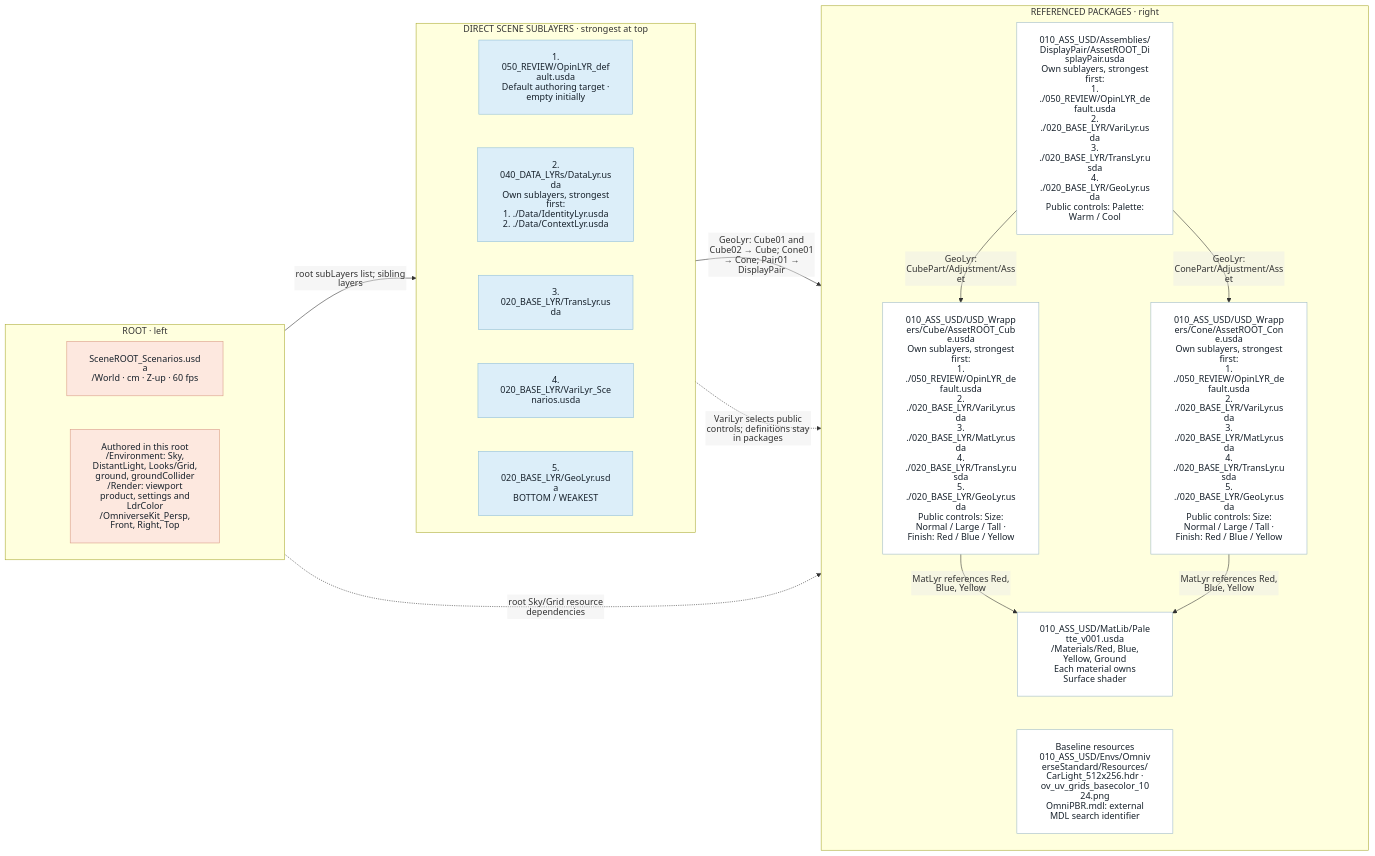
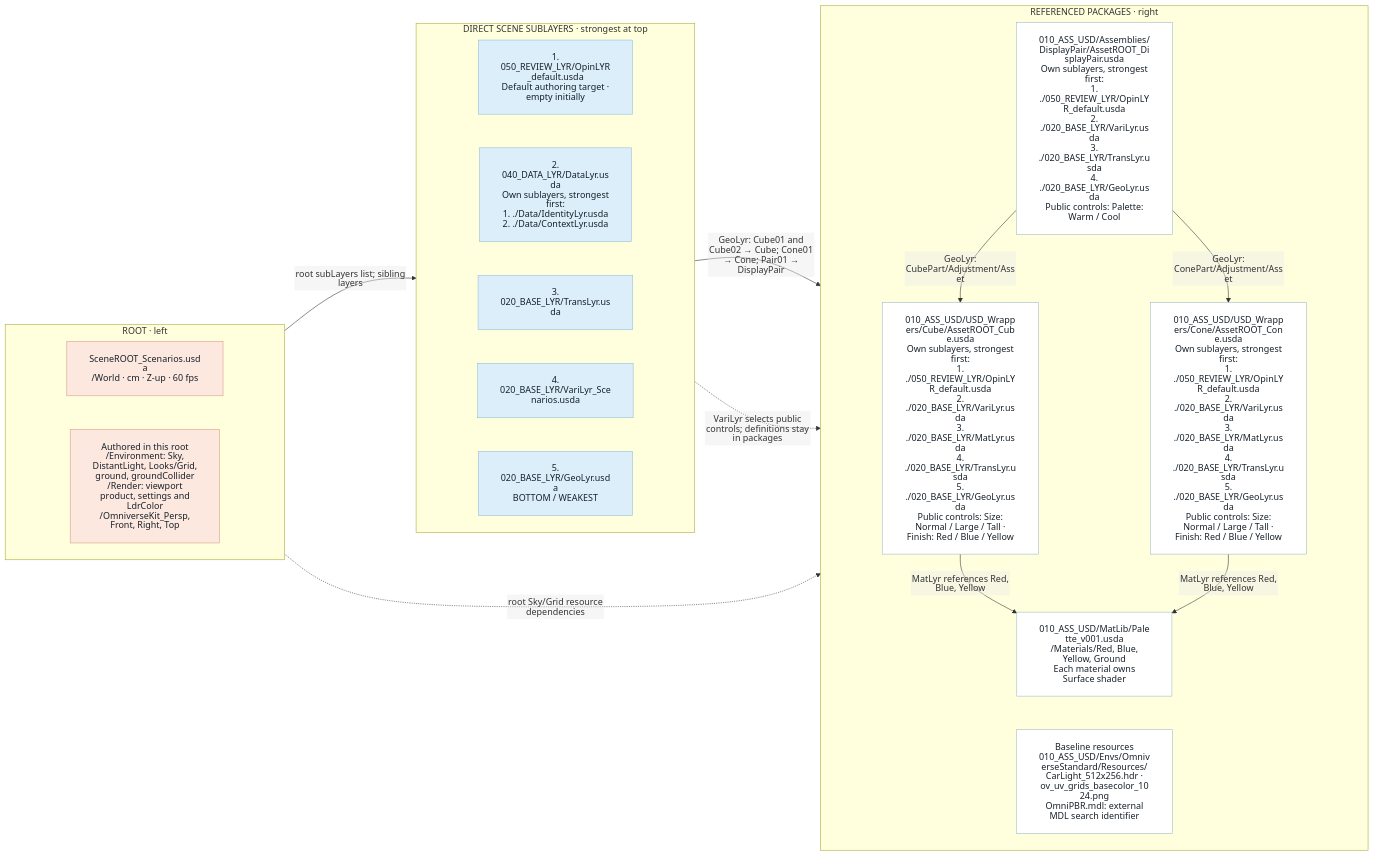
One commit to jph2/OpenUSD_GoodStart_CompositionContract changed the sixth of 15 diagrams in examples/01_LayeredScene/README.md. Above: the diagram before and after it, drawn with Mermaid. The commit also changed other lines of this file and 149 other files, not shown here.

````diff
--- a/examples/01_LayeredScene/README.md
+++ b/examples/01_LayeredScene/README.md
@@ -617,45 +573,45 @@
 ```mermaid
 %%{init: {"htmlLabels": false, "themeVariables": {"fontFamily": "Arial, sans-serif"}, "flowchart": {"htmlLabels": false, "padding": 20, "nodeSpacing": 200, "rankSpacing": 35, "diagramPadding": 20}}}%%
 flowchart LR
     subgraph ENTRY["ROOT · left"]
         direction TB
         R["SceneROOT_Scenarios.usda<br/>/World · cm · Z-up · 60 fps"]
         B["Authored in this root<br/>/Environment: Sky, DistantLight, Looks/Grid, ground, groundCollider<br/>/Render: viewport product, settings and LdrColor<br/>/OmniverseKit_Persp, Front, Right, Top"]
         R ~~~ B
     end
     subgraph STACK["DIRECT SCENE SUBLAYERS · strongest at top"]
         direction TB
-        L0["1. 050_REVIEW/OpinLYR_default.usda<br/>Default authoring target · empty initially"]
-        L1["2. 040_DATA_LYRs/DataLyr.usda<br/>Own sublayers, strongest first:<br/>1. ./Data/IdentityLyr.usda<br/>2. ./Data/ContextLyr.usda"]
+        L0["1. 050_REVIEW_LYR/OpinLYR_default.usda<br/>Default authoring target · empty initially"]
+        L1["2. 040_DATA_LYR/DataLyr.usda<br/>Own sublayers, strongest first:<br/>1. ./Data/IdentityLyr.usda<br/>2. ./Data/ContextLyr.usda"]
         L0 ~~~ L1
         L2["3. 020_BASE_LYR/TransLyr.usda"]
         L1 ~~~ L2
         L3["4. 020_BASE_LYR/VariLyr_Scenarios.usda"]
         L2 ~~~ L3
         L4["5. 020_BASE_LYR/GeoLyr.usda<br/>BOTTOM / WEAKEST"]
         L3 ~~~ L4
     end
     subgraph SOURCES["REFERENCED PACKAGES · right"]
         direction TB
-        PAIR["010_ASS_USD/Assemblies/DisplayPair/AssetROOT_DisplayPair.usda<br/>Own sublayers, strongest first:<br/>1. ./050_REVIEW/OpinLYR_default.usda<br/>2. ./020_BASE_LYR/VariLyr.usda<br/>3. ./020_BASE_LYR/TransLyr.usda<br/>4. ./020_BASE_LYR/GeoLyr.usda<br/>Public controls: Palette: Warm / Cool"]
-        CUBE["010_ASS_USD/USD_Wrappers/Cube/AssetROOT_Cube.usda<br/>Own sublayers, strongest first:<br/>1. ./050_REVIEW/OpinLYR_default.usda<br/>2. ./020_BASE_LYR/VariLyr.usda<br/>3. ./020_BASE_LYR/MatLyr.usda<br/>4. ./020_BASE_LYR/TransLyr.usda<br/>5. ./020_BASE_LYR/GeoLyr.usda<br/>Public controls: Size: Normal / Large / Tall · Finish: Red / Blue / Yellow"]
-        CONE["010_ASS_USD/USD_Wrappers/Cone/AssetROOT_Cone.usda<br/>Own sublayers, strongest first:<br/>1. ./050_REVIEW/OpinLYR_default.usda<br/>2. ./020_BASE_LYR/VariLyr.usda<br/>3. ./020_BASE_LYR/MatLyr.usda<br/>4. ./020_BASE_LYR/TransLyr.usda<br/>5. ./020_BASE_LYR/GeoLyr.usda<br/>Public controls: Size: Normal / Large / Tall · Finish: Red / Blue / Yellow"]
+        PAIR["010_ASS_USD/Assemblies/DisplayPair/AssetROOT_DisplayPair.usda<br/>Own sublayers, strongest first:<br/>1. ./050_REVIEW_LYR/OpinLYR_default.usda<br/>2. ./020_BASE_LYR/VariLyr.usda<br/>3. ./020_BASE_LYR/TransLyr.usda<br/>4. ./020_BASE_LYR/GeoLyr.usda<br/>Public controls: Palette: Warm / Cool"]
+        CUBE["010_ASS_USD/USD_Wrappers/Cube/AssetROOT_Cube.usda<br/>Own sublayers, strongest first:<br/>1. ./050_REVIEW_LYR/OpinLYR_default.usda<br/>2. ./020_BASE_LYR/VariLyr.usda<br/>3. ./020_BASE_LYR/MatLyr.usda<br/>4. ./020_BASE_LYR/TransLyr.usda<br/>5. ./020_BASE_LYR/GeoLyr.usda<br/>Public controls: Size: Normal / Large / Tall · Finish: Red / Blue / Yellow"]
+        CONE["010_ASS_USD/USD_Wrappers/Cone/AssetROOT_Cone.usda<br/>Own sublayers, strongest first:<br/>1. ./050_REVIEW_LYR/OpinLYR_default.usda<br/>2. ./020_BASE_LYR/VariLyr.usda<br/>3. ./020_BASE_LYR/MatLyr.usda<br/>4. ./020_BASE_LYR/TransLyr.usda<br/>5. ./020_BASE_LYR/GeoLyr.usda<br/>Public controls: Size: Normal / Large / Tall · Finish: Red / Blue / Yellow"]
         MAT["010_ASS_USD/MatLib/Palette_v001.usda<br/>/Materials/Red, Blue, Yellow, Ground<br/>Each material owns Surface shader"]
         RES["Baseline resources<br/>010_ASS_USD/Envs/OmniverseStandard/Resources/<br/>CarLight_512x256.hdr · ov_uv_grids_basecolor_1024.png<br/>OmniPBR.mdl: external MDL search identifier"]
         PAIR -->|"GeoLyr: CubePart/Adjustment/Asset"| CUBE
         PAIR -->|"GeoLyr: ConePart/Adjustment/Asset"| CONE
         CUBE -->|"MatLyr references Red, Blue, Yellow"| MAT
         CONE -->|"MatLyr references Red, Blue, Yellow"| MAT
         MAT ~~~ RES
     end
     ENTRY -->|"root subLayers list; sibling layers"| STACK
     STACK -->|"GeoLyr: Cube01 and Cube02 → Cube; Cone01 → Cone; Pair01 → DisplayPair"| SOURCES
     STACK -.->|"VariLyr selects public controls; definitions stay in packages"| SOURCES
     ENTRY -.->|"root Sky/Grid resource dependencies"| SOURCES
     classDef ccRoot fill:#fde8df,stroke:#d99b84,color:#17212b
     classDef layer fill:#dceef9,stroke:#91bfd8,color:#17212b
     classDef asset fill:#ffffff,stroke:#9db9c8,color:#17212b
     class R,B ccRoot
     class L0,L1,L2,L3,L4 layer
     class PAIR,CUBE,CONE,MAT,RES asset
 ```
````
